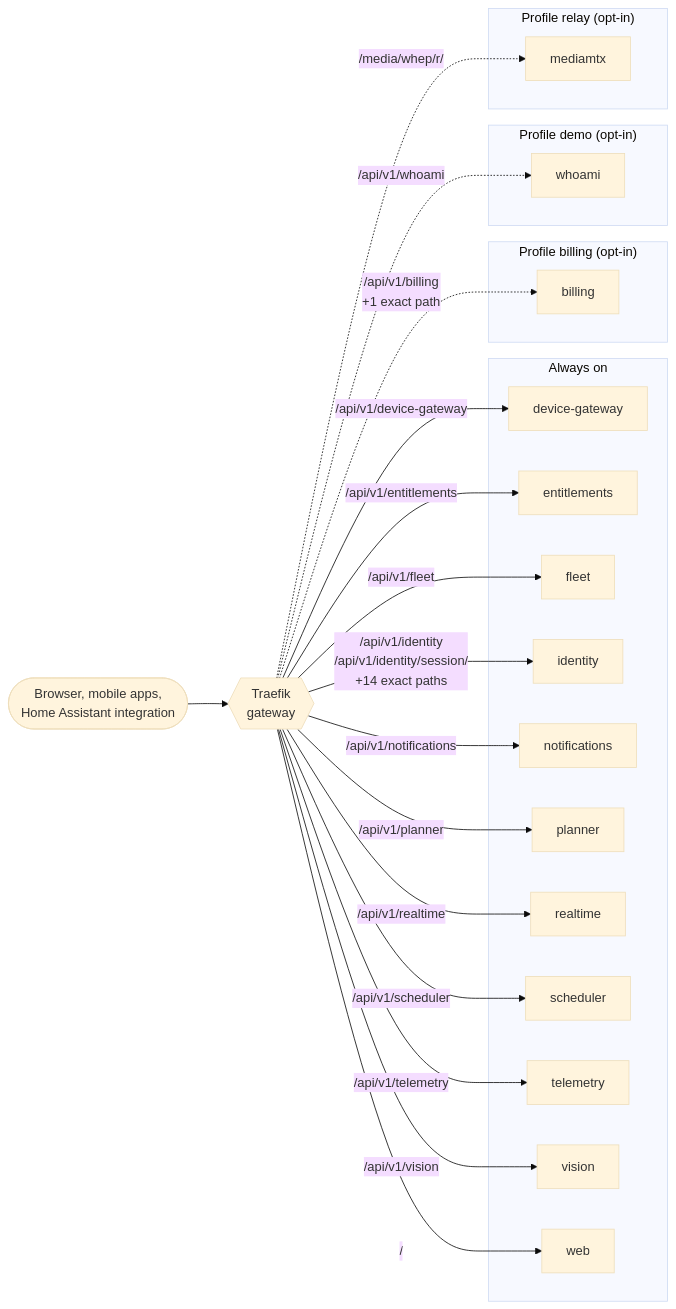
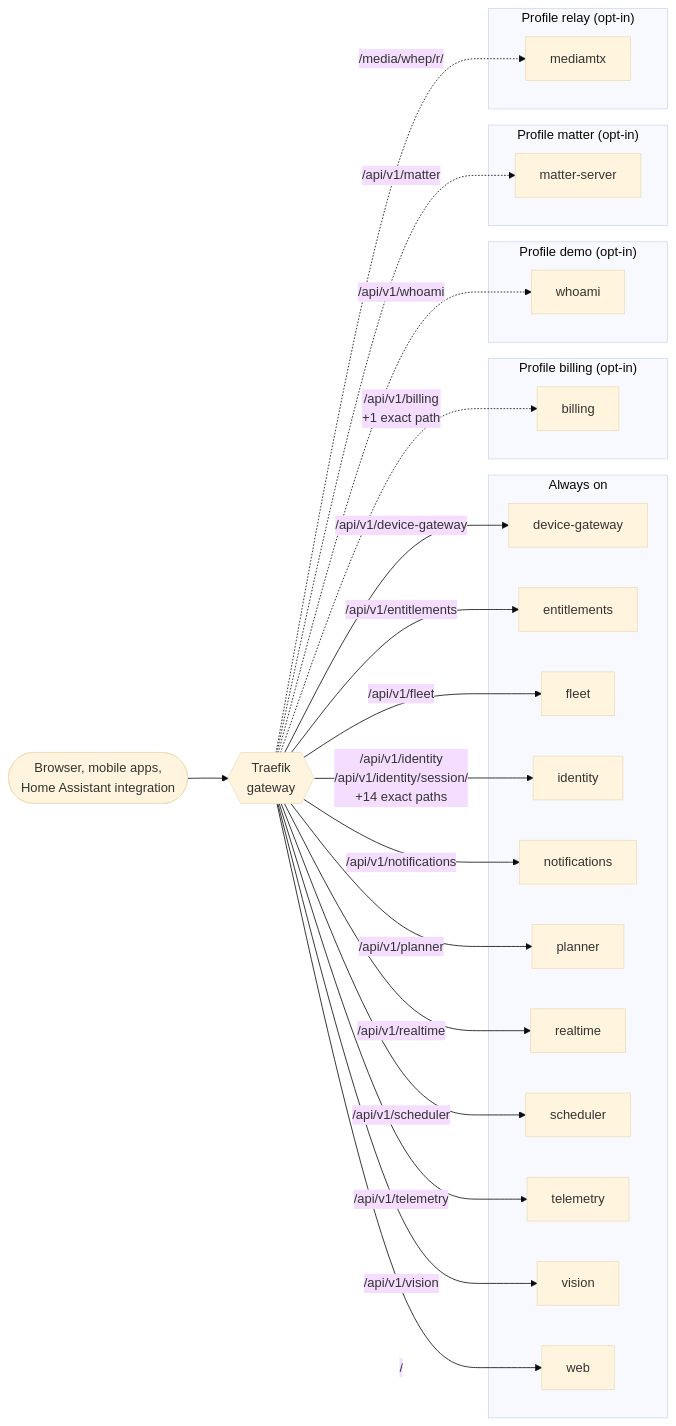
One commit to lukislp/mowdeck changed the first of 15 diagrams in docs/architecture/generated.md. Above: the diagram before and after it, drawn with Mermaid (base theme). The commit also changed other lines of this file and 55 other files, not shown here.

First line of the commit message:
feat(matter): Matter server with one node per mower for Apple Home and Google Home (ADR 0063)

````diff
--- a/docs/architecture/generated.md
+++ b/docs/architecture/generated.md
@@ -25,42 +25,46 @@
 ```mermaid
 flowchart LR
   clients(["Browser, mobile apps,<br/>Home Assistant integration"])
   traefik{{"Traefik<br/>gateway"}}
   clients --> traefik
   subgraph sg_always["Always on"]
     device_gateway["device-gateway"]
     entitlements["entitlements"]
     fleet["fleet"]
     identity["identity"]
     notifications["notifications"]
     planner["planner"]
     realtime["realtime"]
     scheduler["scheduler"]
     telemetry["telemetry"]
     vision["vision"]
     web["web"]
   end
   subgraph sg_billing["Profile billing (opt-in)"]
     billing["billing"]
   end
   subgraph sg_demo["Profile demo (opt-in)"]
     whoami["whoami"]
   end
+  subgraph sg_matter["Profile matter (opt-in)"]
+    matter_server["matter-server"]
+  end
   subgraph sg_relay["Profile relay (opt-in)"]
     mediamtx["mediamtx"]
   end
   traefik -->|"/api/v1/device-gateway"| device_gateway
   traefik -->|"/api/v1/entitlements"| entitlements
   traefik -->|"/api/v1/fleet"| fleet
   traefik -->|"/api/v1/identity<br/>/api/v1/identity/session/<br/>+14 exact paths"| identity
   traefik -->|"/api/v1/notifications"| notifications
   traefik -->|"/api/v1/planner"| planner
   traefik -->|"/api/v1/realtime"| realtime
   traefik -->|"/api/v1/scheduler"| scheduler
   traefik -->|"/api/v1/telemetry"| telemetry
   traefik -->|"/api/v1/vision"| vision
   traefik -->|"/"| web
   traefik -.->|"/api/v1/billing<br/>+1 exact path"| billing
   traefik -.->|"/api/v1/whoami"| whoami
+  traefik -.->|"/api/v1/matter"| matter_server
   traefik -.->|"/media/whep/r/"| mediamtx
 ```
````
